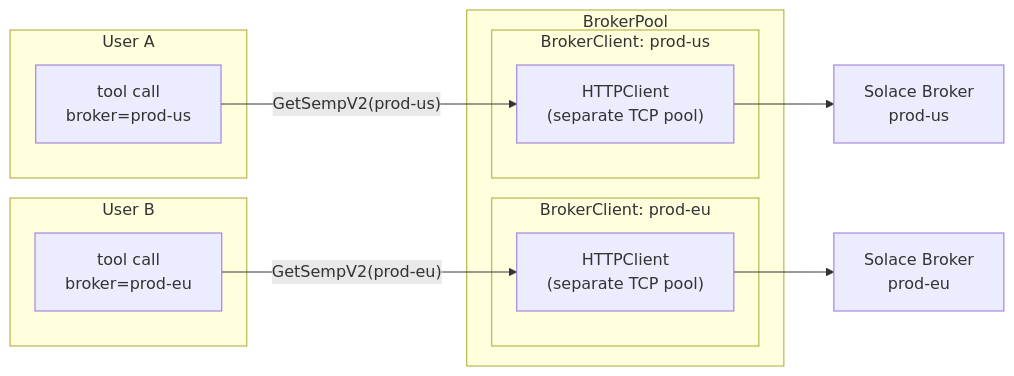
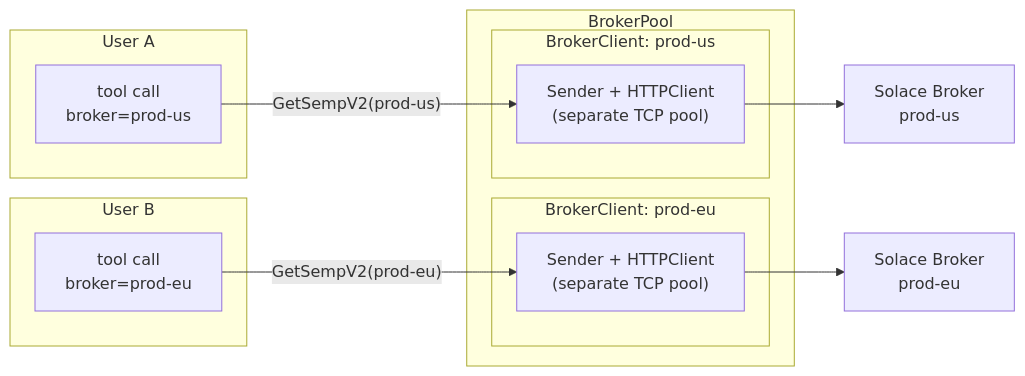
The sixth of 6 diagrams in docs/internal/architecture.md (SolaceProducts/solace-broker-mcp), drawn with Mermaid before and after one commit. The commit also changed other lines of this file, not shown here.

First line of the commit message:
SOL-150695: Reconcile architecture doc with implemented layers

````diff
--- a/docs/internal/architecture.md
+++ b/docs/internal/architecture.md
@@ -188,27 +382,27 @@
 ```mermaid
 graph LR
     subgraph "User A"
         A["tool call<br/>broker=prod-us"]
     end
 
     subgraph "User B"
         B["tool call<br/>broker=prod-eu"]
     end
 
     subgraph "BrokerPool"
         subgraph "BrokerClient: prod-us"
-            HC_US["HTTPClient<br/>(separate TCP pool)"]
+            HC_US["Sender + HTTPClient<br/>(separate TCP pool)"]
         end
         subgraph "BrokerClient: prod-eu"
-            HC_EU["HTTPClient<br/>(separate TCP pool)"]
+            HC_EU["Sender + HTTPClient<br/>(separate TCP pool)"]
         end
     end
 
     BROKER_US["Solace Broker<br/>prod-us"]
     BROKER_EU["Solace Broker<br/>prod-eu"]
 
     A -->|"GetSempV2(prod-us)"| HC_US
     B -->|"GetSempV2(prod-eu)"| HC_EU
     HC_US --> BROKER_US
     HC_EU --> BROKER_EU
 ```
````
